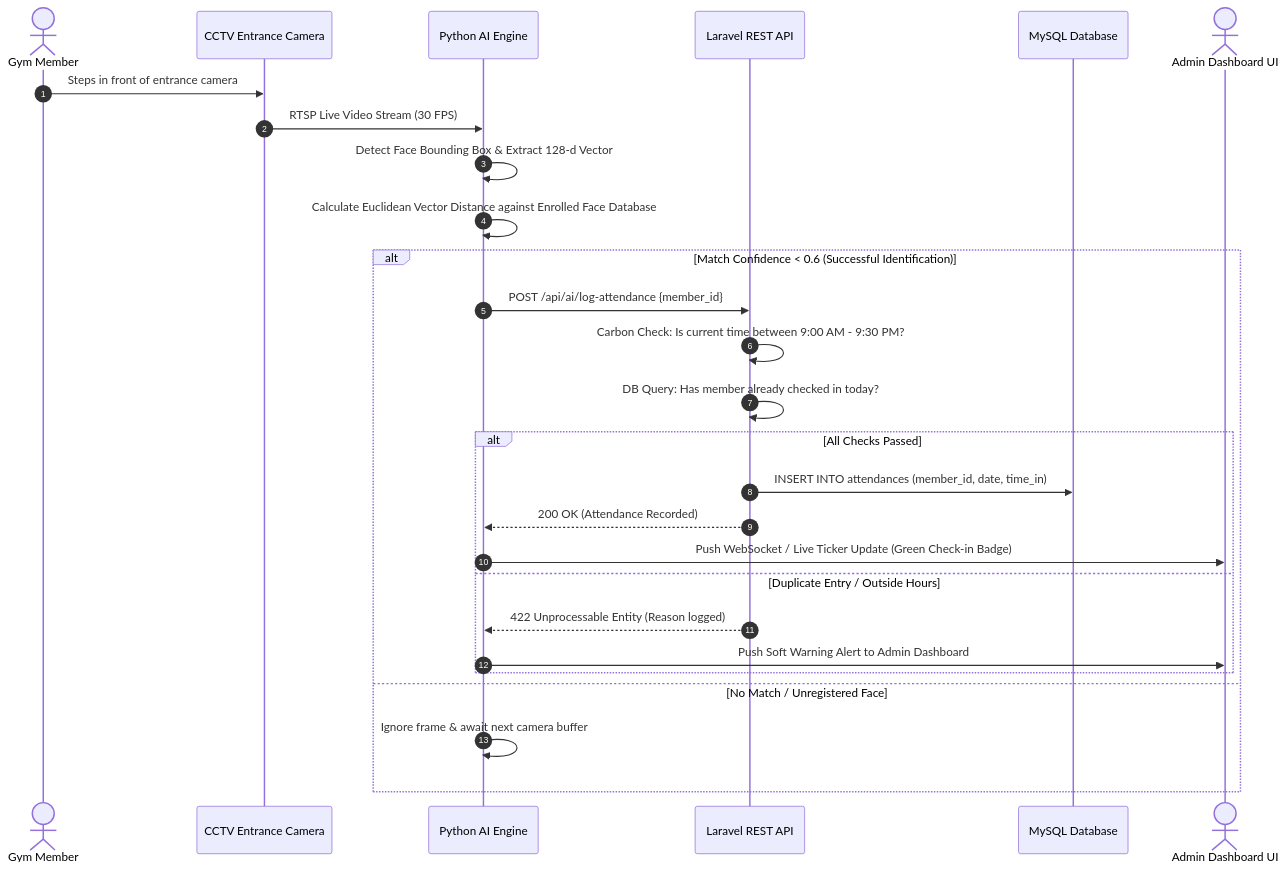
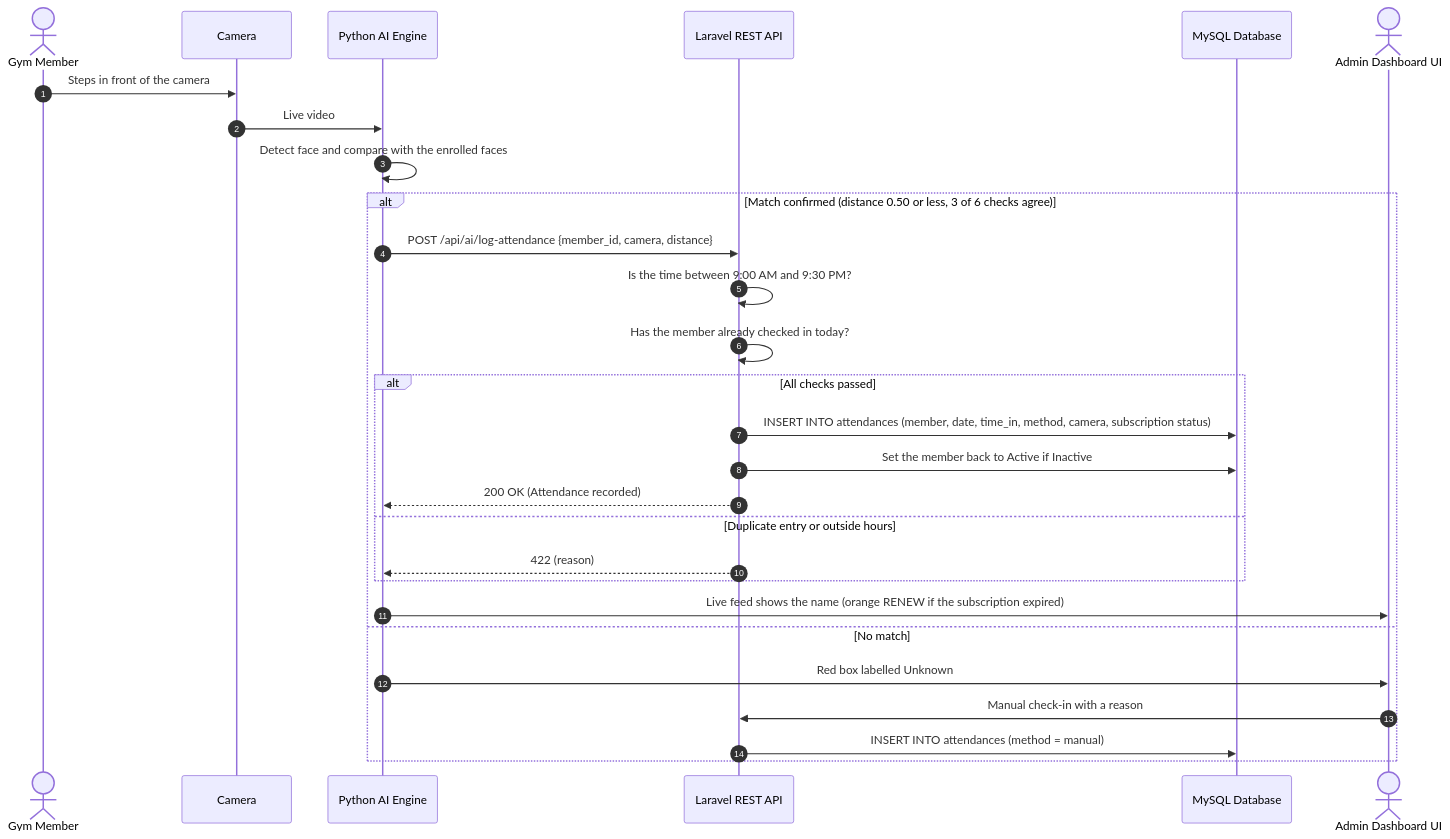
One commit to Plonteras191/GYM2-CAPSTONE changed the sixth of 7 diagrams in DOCUMENTATION/Product Requirements Documents/System diagrams/System Diagrams.md. Above: the diagram before and after it, drawn with Mermaid. The commit also changed other lines of this file and 3 other files, not shown here.

First line of the commit message:
docs(prd): update architecture, database, system diagrams and user technical documentation to v2.0

````diff
--- a/DOCUMENTATION/Product Requirements Documents/System diagrams/System Diagrams.md
+++ b/DOCUMENTATION/Product Requirements Documents/System diagrams/System Diagrams.md
@@ -326,32 +333,33 @@
 ```mermaid
 sequenceDiagram
     autonumber
     actor Member as Gym Member
-    participant Cam as CCTV Entrance Camera
+    participant Cam as Camera
     participant PyAI as Python AI Engine
     participant LV as Laravel REST API
     participant DB as MySQL Database
     actor Admin as Admin Dashboard UI
 
-    Member->>Cam: Steps in front of entrance camera
-    Cam->>PyAI: RTSP Live Video Stream (30 FPS)
-    PyAI->>PyAI: Detect Face Bounding Box & Extract 128-d Vector
-    PyAI->>PyAI: Calculate Euclidean Vector Distance against Enrolled Face Database
-    
-    alt Match Confidence < 0.6 (Successful Identification)
-        PyAI->>LV: POST /api/ai/log-attendance {member_id}
-        LV->>LV: Carbon Check: Is current time between 9:00 AM - 9:30 PM?
-        LV->>LV: DB Query: Has member already checked in today?
-        
-        alt All Checks Passed
-            LV->>DB: INSERT INTO attendances (member_id, date, time_in)
-            LV-->>PyAI: 200 OK (Attendance Recorded)
-            PyAI->>Admin: Push WebSocket / Live Ticker Update (Green Check-in Badge)
-        else Duplicate Entry / Outside Hours
-            LV-->>PyAI: 422 Unprocessable Entity (Reason logged)
-            PyAI->>Admin: Push Soft Warning Alert to Admin Dashboard
+    Member->>Cam: Steps in front of the camera
+    Cam->>PyAI: Live video
+    PyAI->>PyAI: Detect face and compare with the enrolled faces
+
+    alt Match confirmed (distance 0.50 or less, 3 of 6 checks agree)
+        PyAI->>LV: POST /api/ai/log-attendance {member_id, camera, distance}
+        LV->>LV: Is the time between 9:00 AM and 9:30 PM?
+        LV->>LV: Has the member already checked in today?
+
+        alt All checks passed
+            LV->>DB: INSERT INTO attendances (member, date, time_in, method, camera, subscription status)
+            LV->>DB: Set the member back to Active if Inactive
+            LV-->>PyAI: 200 OK (Attendance recorded)
+        else Duplicate entry or outside hours
+            LV-->>PyAI: 422 (reason)
         end
-    else No Match / Unregistered Face
-        PyAI->>PyAI: Ignore frame & await next camera buffer
+        PyAI->>Admin: Live feed shows the name (orange RENEW if the subscription expired)
+    else No match
+        PyAI->>Admin: Red box labelled Unknown
+        Admin->>LV: Manual check-in with a reason
+        LV->>DB: INSERT INTO attendances (method = manual)
     end
 ```
````
